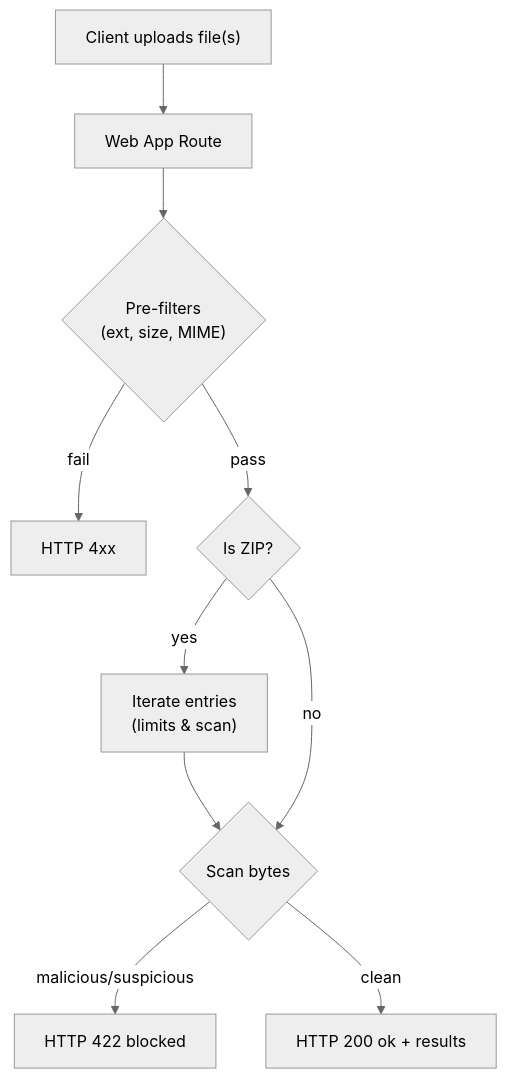
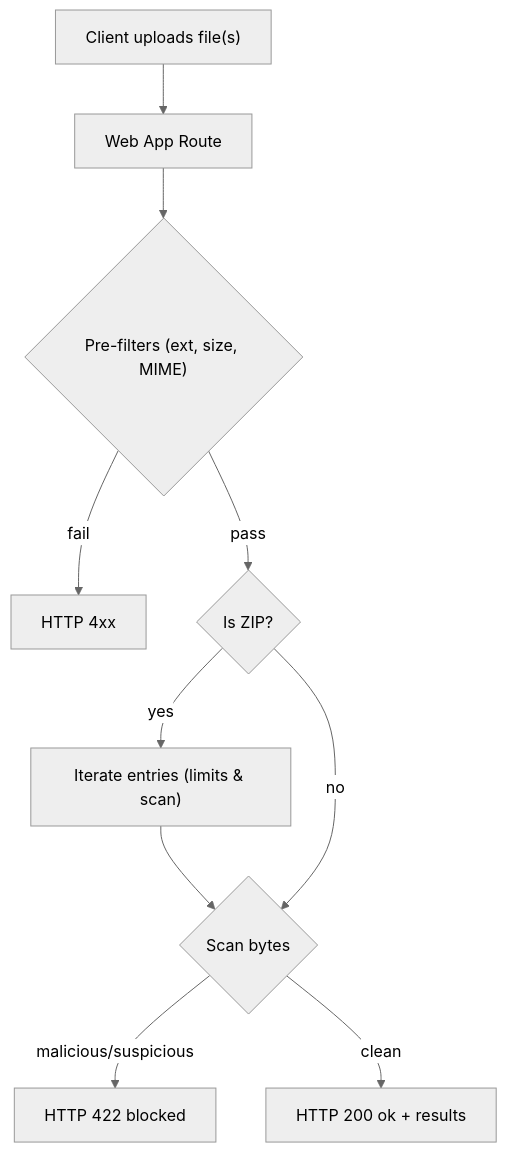
The diagram in README.md (pompelmi/pompelmi), drawn with Mermaid (neutral theme) before and after one commit. The commit also changed other lines of this file, not shown here.

````diff
--- a/README.md
+++ b/README.md
@@ -658,12 +218,12 @@
 ```mermaid
 flowchart TD
   A["Client uploads file(s)"] --> B["Web App Route"]
-  B --> C{"Pre-filters<br/>(ext, size, MIME)"}
+  B --> C{"Pre-filters (ext, size, MIME)"}
   C -- fail --> X["HTTP 4xx"]
   C -- pass --> D{"Is ZIP?"}
-  D -- yes --> E["Iterate entries<br/>(limits & scan)"]
+  D -- yes --> E["Iterate entries (limits & scan)"]
   E --> F{"Verdict?"}
   D -- no --> F{"Scan bytes"}
   F -- malicious/suspicious --> Y["HTTP 422 blocked"]
   F -- clean --> Z["HTTP 200 ok + results"]
 ```
````
